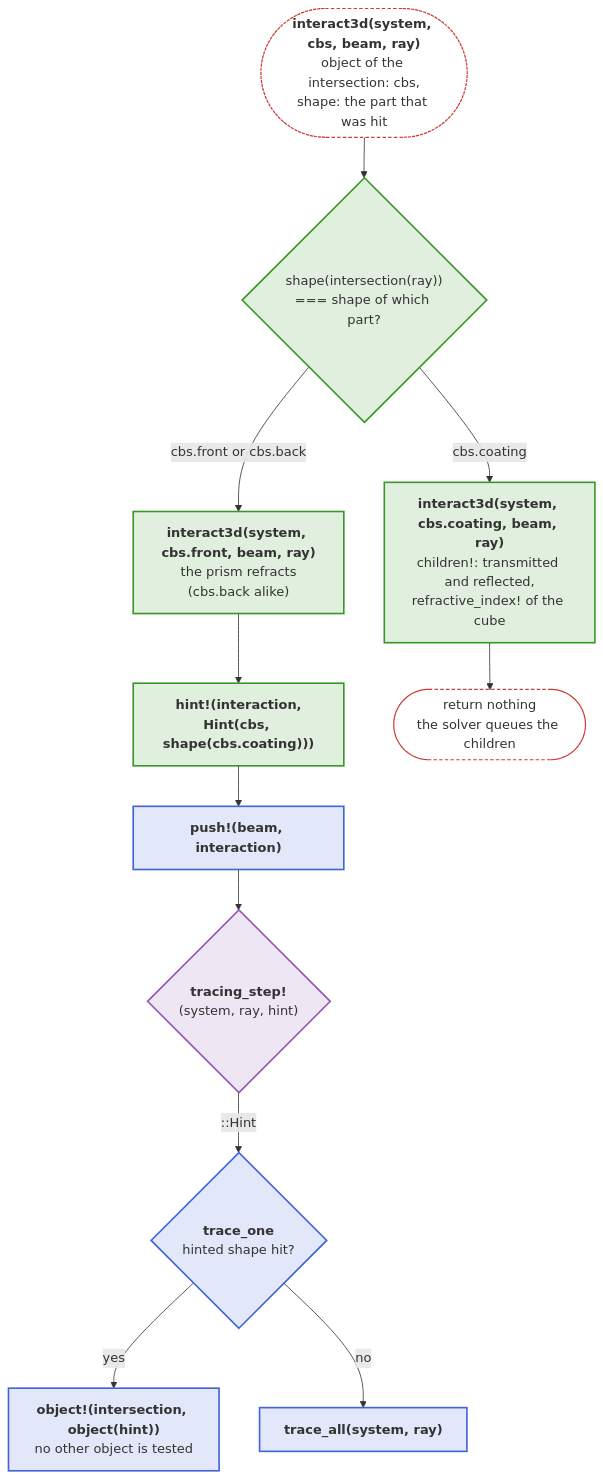
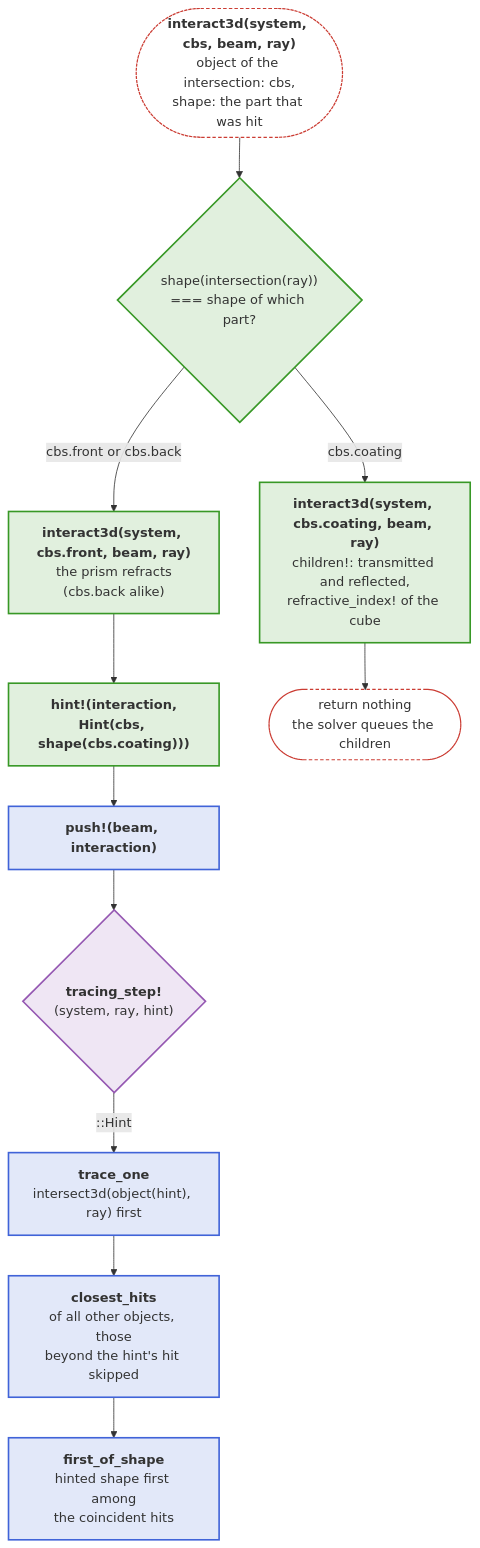
Before and after one commit to JuliaPhysics/BeamletOptics.jl: the fourth of 6 diagrams in docs/src/api/core.md, drawn with Mermaid. The commit also changed other lines of this file, not shown here.

Commit message:
Docs: core diagrams show coincident hits, the beyond-skip and the hint as an optimization

````diff
--- a/docs/src/api/core.md
+++ b/docs/src/api/core.md
@@ -206,30 +220,28 @@
 ```mermaid
 flowchart TB
     S(["<b>interact3d(system, cbs, beam, ray)</b><br/>object of the intersection: cbs,<br/>shape: the part that was hit"])
     F{"shape(intersection(ray))<br/>=== shape of which part?"}
     PR["<b>interact3d(system, cbs.front, beam, ray)</b><br/>the prism refracts<br/>(cbs.back alike)"]
     H["<b>hint!(interaction,</b><br/><b>Hint(cbs, shape(cbs.coating)))</b>"]
     CO["<b>interact3d(system, cbs.coating, beam, ray)</b><br/>children!: transmitted and reflected,<br/>refractive_index! of the cube"]
     N(["return nothing<br/>the solver queues the children"])
     P["<b>push!(beam, interaction)</b>"]
     TST{"<b>tracing_step!</b><br/>(system, ray, hint)"}
-    HS{"<b>trace_one</b><br/>hinted shape hit?"}
-    OB["<b>object!(intersection, object(hint))</b><br/>no other object is tested"]
-    TA["<b>trace_all(system, ray)</b>"]
+    HS["<b>trace_one</b><br/>intersect3d(object(hint), ray) first"]
+    OB["<b>closest_hits</b><br/>of all other objects, those<br/>beyond the hint's hit skipped"]
+    TA["<b>first_of_shape</b><br/>hinted shape first among<br/>the coincident hits"]
 
     S --> F
     F -- "cbs.front or cbs.back" --> PR --> H --> P --> TST
     F -- "cbs.coating" --> CO --> N
-    TST -- "::Hint" --> HS
-    HS -- yes --> OB
-    HS -- no --> TA
+    TST -- "::Hint" --> HS --> OB --> TA
 
     classDef blue fill:#4063D826,stroke:#4063D8,stroke-width:2px
     classDef green fill:#38982626,stroke:#389826,stroke-width:2px
     classDef purple fill:#9558B226,stroke:#9558B2,stroke-width:2px
     classDef terminal fill:transparent,stroke:#CB3C33,stroke-width:1.5px,stroke-dasharray:4 3
     class P,OB,TA,HS blue
     class F,H,PR,CO green
     class TST purple
     class S,N terminal
 ```
````
